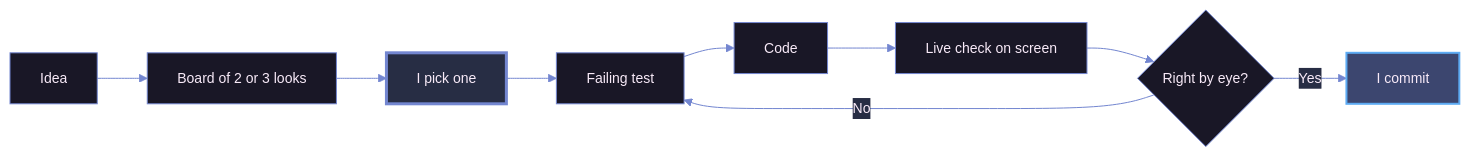
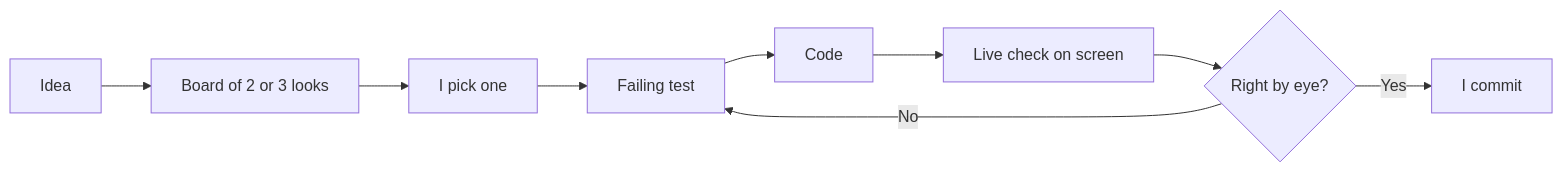
One commit to v-amorim/portfolio changed the diagram in docs/blog/moonlight-claude-mods.md. Above: the diagram before and after it, drawn with Mermaid. The commit also changed 6 other files, not shown here.

````diff
--- a/docs/blog/moonlight-claude-mods.md
+++ b/docs/blog/moonlight-claude-mods.md
@@ -34,15 +34,12 @@
 ```mermaid
-%%{init: {'theme':'base', 'themeVariables': { 'primaryColor':'#191726','primaryTextColor':'#f8eaf8','primaryBorderColor':'#7386d0','lineColor':'#7386d0','secondaryColor':'#272d44','secondaryTextColor':'#f8eaf8','secondaryBorderColor':'#5dabf3','tertiaryColor':'#3c466f','tertiaryTextColor':'#f8eaf8','tertiaryBorderColor':'#79c0ff','background':'transparent','mainBkg':'#191726','textColor':'#f8eaf8','fontSize':'14px','fontFamily':'Inter, system-ui, sans-serif'}}}%%
 graph LR
     A[Idea] --> B[Board of 2 or 3 looks]
     B --> C[I pick one]
     C --> D[Failing test]
     D --> E[Code]
     E --> F[Live check on screen]
     F --> G{Right by eye?}
     G -->|No| D
     G -->|Yes| H[I commit]
 
-    style C fill:#272d44,stroke:#7386d0,stroke-width:3px
-    style H fill:#3c466f,stroke:#5dabf3,stroke-width:2px
 ```
````
